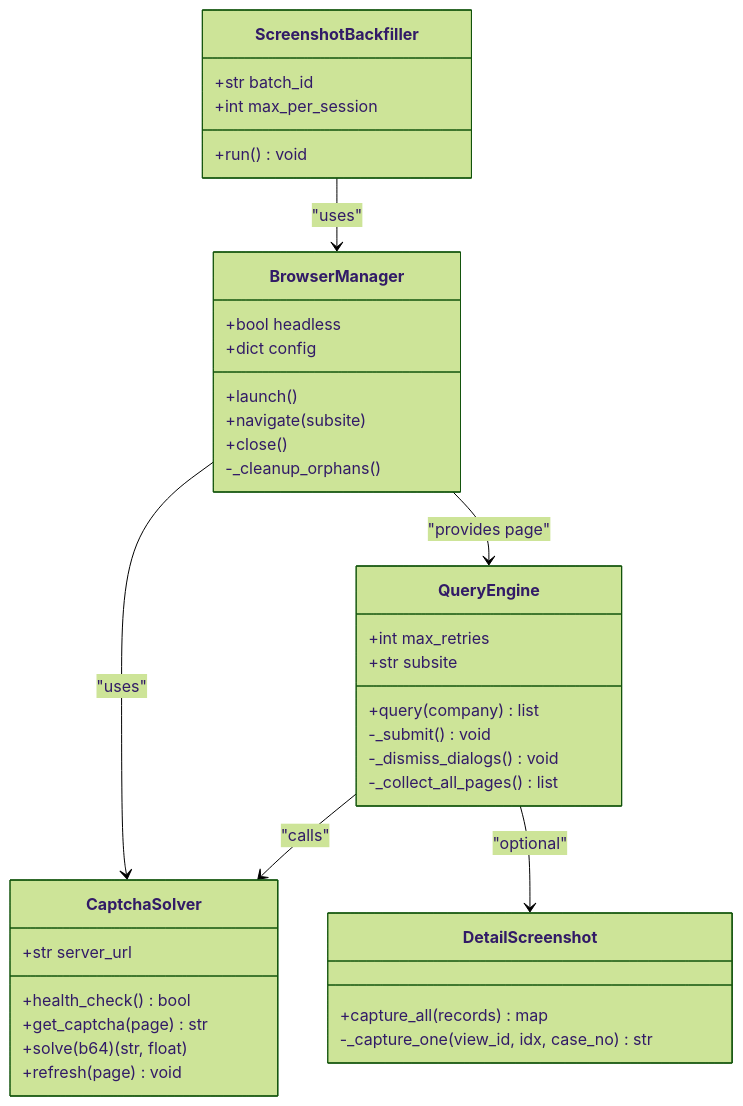
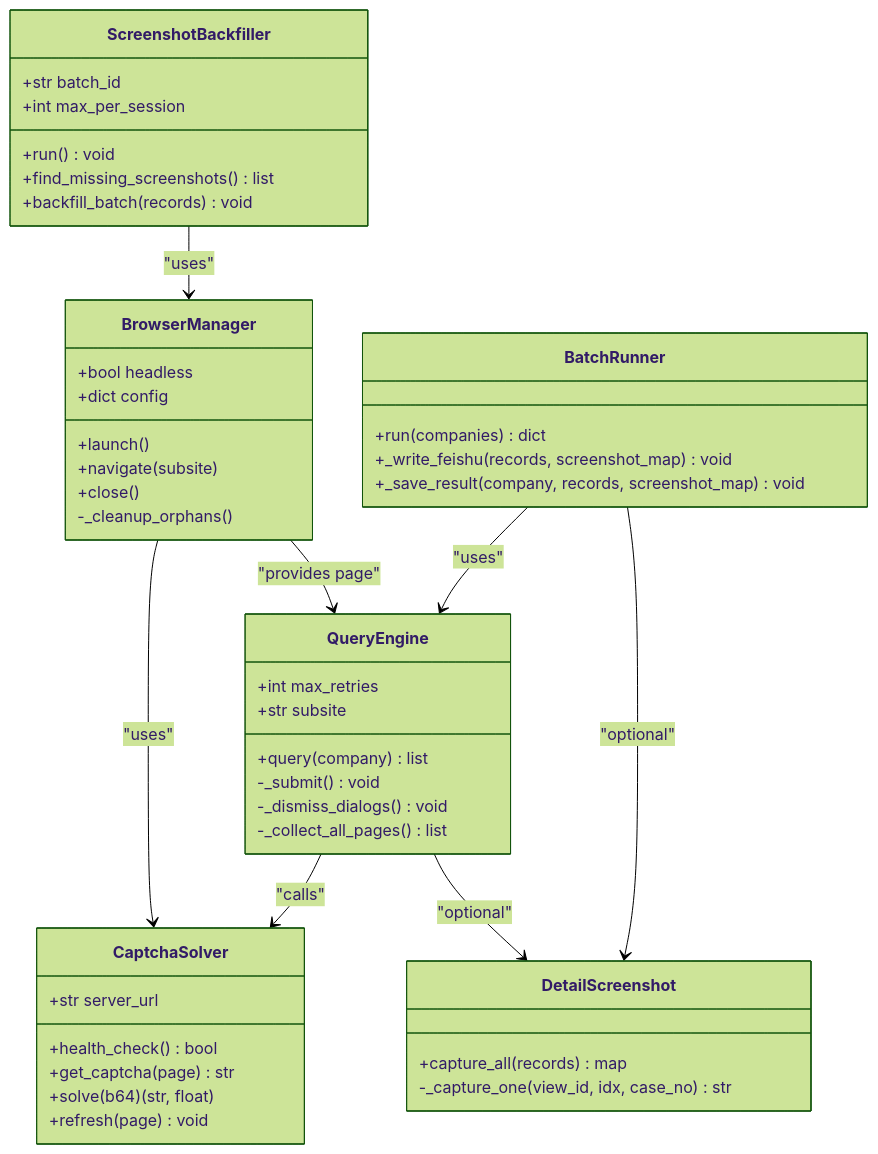
Before and after one commit to supotato-ipj/zxgk_auto_query-skill: the fourth of 8 diagrams in .qoder/repowiki/en/content/Daily Workflow Orchestration.md, drawn with Mermaid (forest theme). The commit also changed other lines of this file and 24 other files, not shown here.

````diff
--- a/.qoder/repowiki/en/content/Daily Workflow Orchestration.md
+++ b/.qoder/repowiki/en/content/Daily Workflow Orchestration.md
@@ -211,40 +253,49 @@
 ```mermaid
 classDiagram
 class BrowserManager {
 +bool headless
 +dict config
 +launch()
 +navigate(subsite)
 +close()
 -_cleanup_orphans()
 }
 class CaptchaSolver {
 +str server_url
 +health_check() bool
 +get_captcha(page) str
 +solve(b64) (str, float)
 +refresh(page) void
 }
 class QueryEngine {
 +int max_retries
 +str subsite
 +query(company) list
 -_submit() void
 -_dismiss_dialogs() void
 -_collect_all_pages() list
 }
 class DetailScreenshot {
 +capture_all(records) map
 -_capture_one(view_id, idx, case_no) str
 }
 class ScreenshotBackfiller {
 +str batch_id
 +int max_per_session
 +run() void
++find_missing_screenshots() list
++backfill_batch(records) void
+}
+class BatchRunner {
++run(companies) dict
++_write_feishu(records, screenshot_map) void
++_save_result(company, records, screenshot_map) void
 }
 BrowserManager --> CaptchaSolver : "uses"
 BrowserManager --> QueryEngine : "provides page"
 QueryEngine --> CaptchaSolver : "calls"
 QueryEngine --> DetailScreenshot : "optional"
 ScreenshotBackfiller --> BrowserManager : "uses"
+BatchRunner --> QueryEngine : "uses"
+BatchRunner --> DetailScreenshot : "optional"
 ```
````
